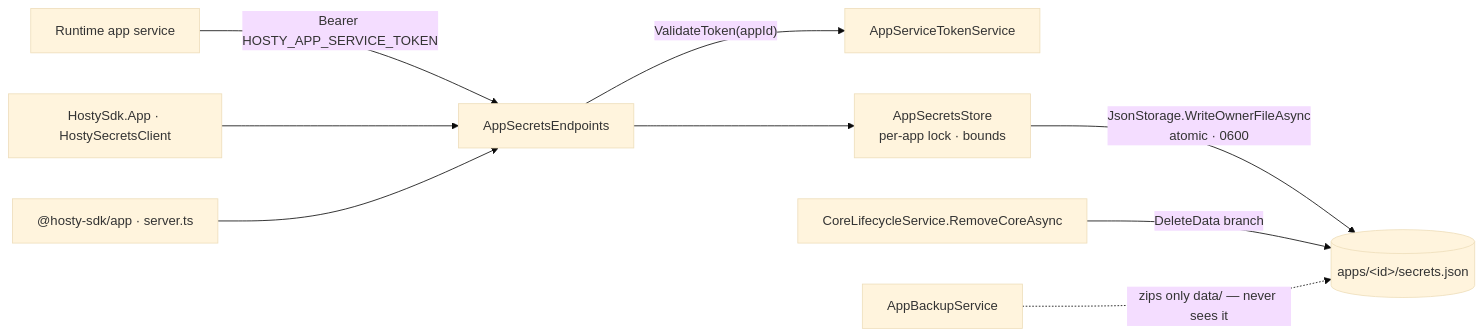
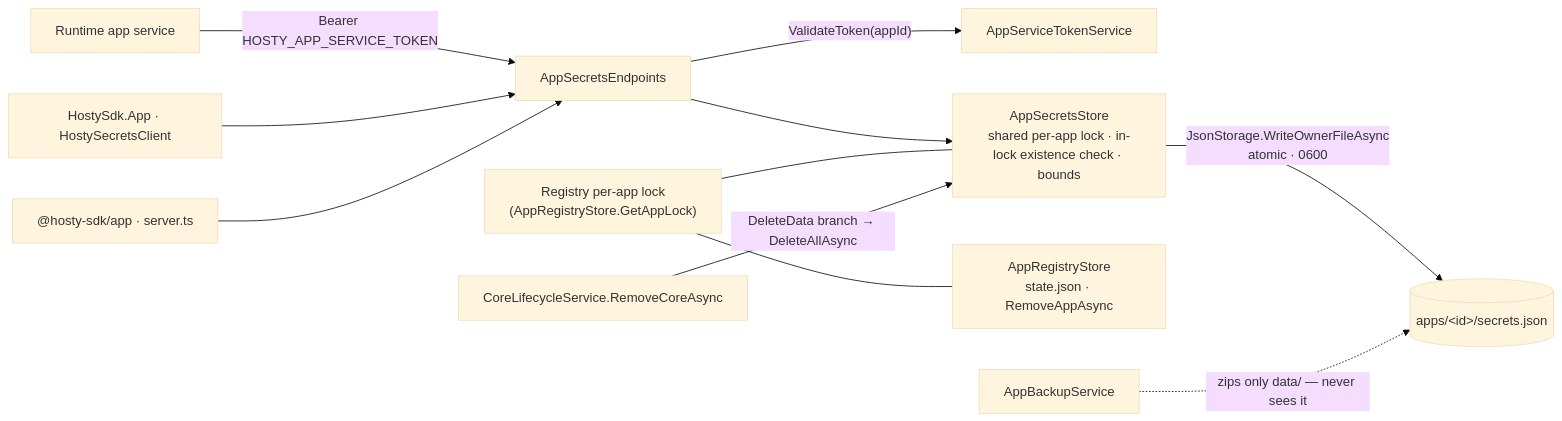
Before and after one commit to alex-de-haas/docker-host: the diagram in docs/planning/app-secrets-store.md, drawn with Mermaid (base theme). The commit also changed other lines of this file and 1 other file, not shown here.

First line of the commit message:
docs: fence secret mutations against concurrent app removal

````diff
--- a/docs/planning/app-secrets-store.md
+++ b/docs/planning/app-secrets-store.md
@@ -197,11 +228,13 @@
 ```mermaid
 flowchart LR
   APP["Runtime app service"] -->|"Bearer HOSTY_APP_SERVICE_TOKEN"| EP["AppSecretsEndpoints"]
   EP -->|"ValidateToken(appId)"| TOK["AppServiceTokenService"]
-  EP --> STORE["AppSecretsStore<br/>per-app lock · bounds"]
+  EP --> STORE["AppSecretsStore<br/>shared per-app lock · in-lock existence check · bounds"]
   STORE -->|"JsonStorage.WriteOwnerFileAsync<br/>atomic · 0600"| FILE[("apps/&lt;id&gt;/secrets.json")]
-  REMOVE["CoreLifecycleService.RemoveCoreAsync"] -->|"DeleteData branch"| FILE
+  LOCK["Registry per-app lock<br/>(AppRegistryStore.GetAppLock)"] --- STORE
+  LOCK --- REG["AppRegistryStore<br/>state.json · RemoveAppAsync"]
+  REMOVE["CoreLifecycleService.RemoveCoreAsync"] -->|"DeleteData branch → DeleteAllAsync"| STORE
   BACKUP["AppBackupService"] -.->|"zips only data/ — never sees it"| FILE
   SDKN["HostySdk.App · HostySecretsClient"] --> EP
   SDKT["@hosty-sdk/app · server.ts"] --> EP
 ```
````
